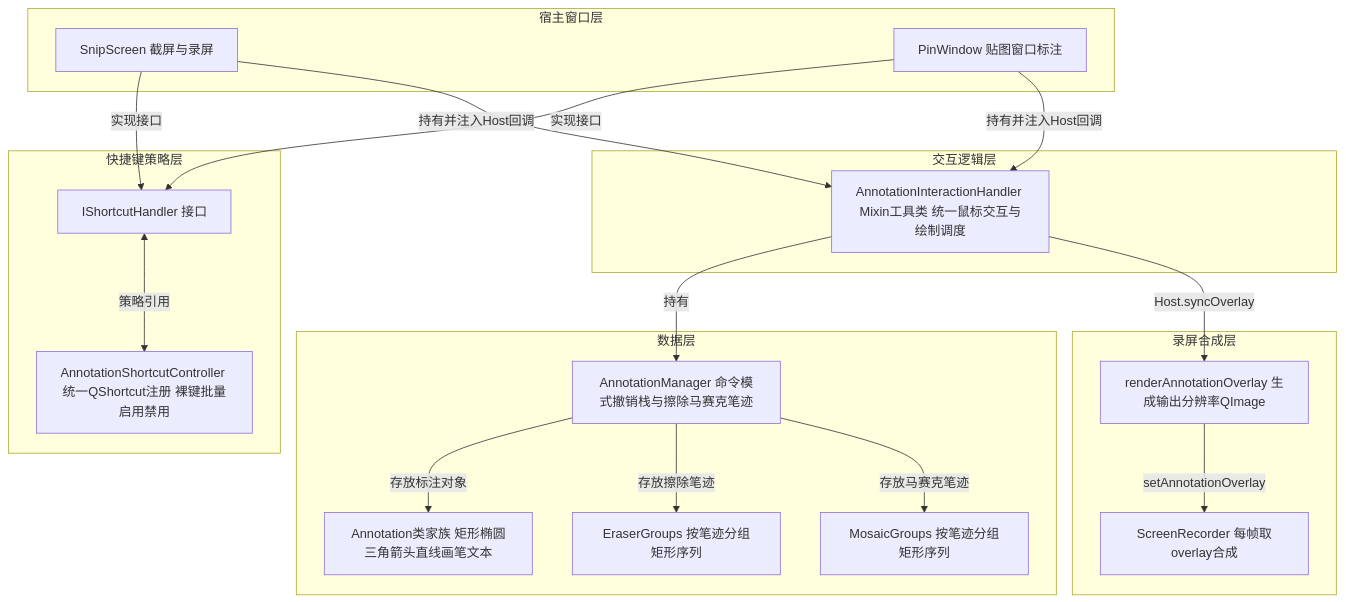
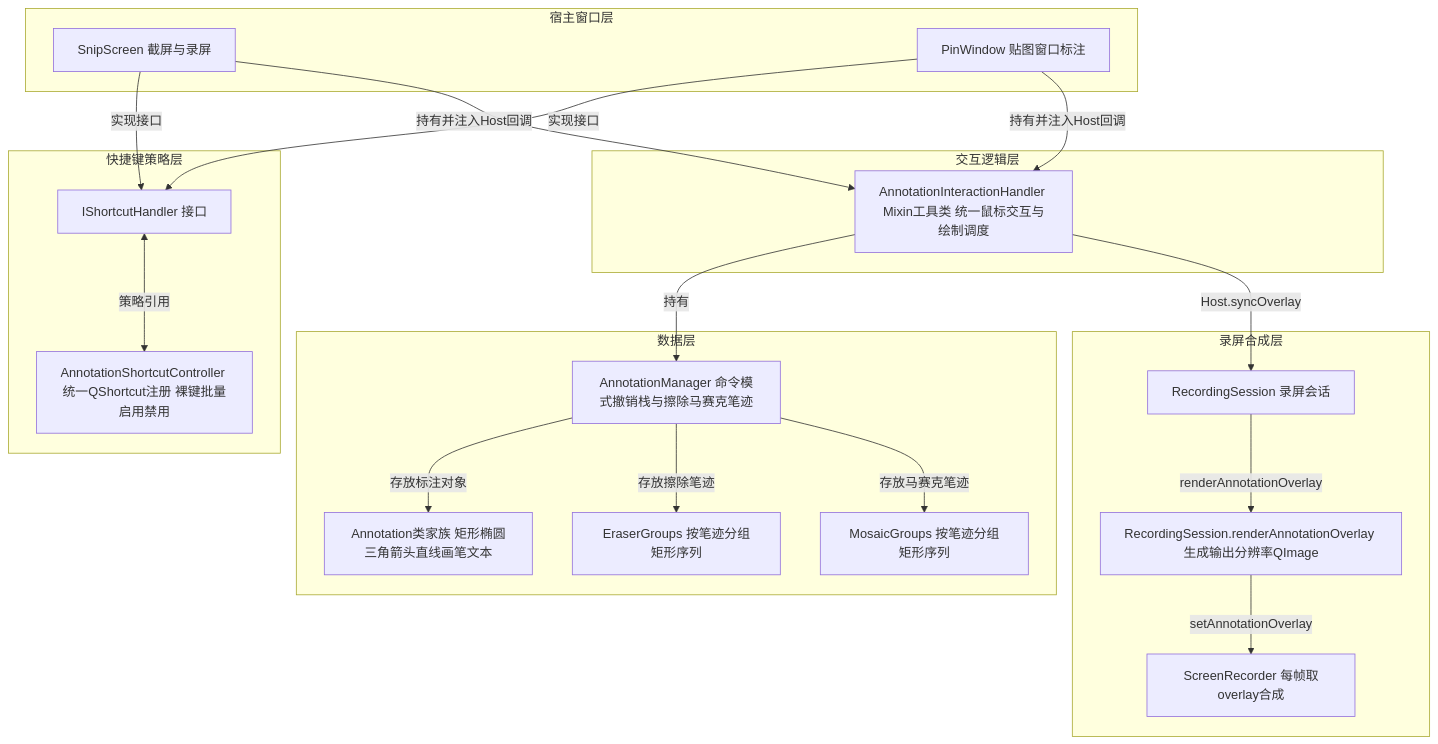
The first of 12 diagrams in docs/annotation.md (ChiangyangNPU/quick-shot), drawn with Mermaid before and after one commit. The commit also changed other lines of this file and 3 other files, not shown here.

````diff
--- a/docs/annotation.md
+++ b/docs/annotation.md
@@ -49,40 +53,42 @@
 ```mermaid
 graph TB
     subgraph HostLayer [宿主窗口层]
         SS[SnipScreen 截屏与录屏]
         PW[PinWindow 贴图窗口标注]
     end
 
     subgraph ShortcutLayer [快捷键策略层]
         ISH[IShortcutHandler 接口]
         ASC[AnnotationShortcutController 统一QShortcut注册 裸键批量启用禁用]
     end
 
     subgraph InteractionLayer [交互逻辑层]
         AIH[AnnotationInteractionHandler Mixin工具类 统一鼠标交互与绘制调度]
     end
 
     subgraph DataLayer [数据层]
         AM[AnnotationManager 命令模式撤销栈与擦除马赛克笔迹]
         ANNO[Annotation类家族 矩形椭圆三角箭头直线画笔文本]
         ERASER[EraserGroups 按笔迹分组矩形序列]
         MOSAIC[MosaicGroups 按笔迹分组矩形序列]
     end
 
     subgraph RecordingLayer [录屏合成层]
         SCR[ScreenRecorder 每帧取overlay合成]
-        RAO[renderAnnotationOverlay 生成输出分辨率QImage]
+        RS[RecordingSession 录屏会话]
+        RAO[RecordingSession.renderAnnotationOverlay 生成输出分辨率QImage]
     end
 
     SS -->|实现接口| ISH
     PW -->|实现接口| ISH
     ISH <-->|策略引用| ASC
     SS -->|持有并注入Host回调| AIH
     PW -->|持有并注入Host回调| AIH
     AIH -->|持有| AM
     AM -->|存放标注对象| ANNO
     AM -->|存放擦除笔迹| ERASER
     AM -->|存放马赛克笔迹| MOSAIC
-    AIH -->|Host.syncOverlay| RAO
+    AIH -->|Host.syncOverlay| RS
+    RS -->|renderAnnotationOverlay| RAO
     RAO -->|setAnnotationOverlay| SCR
 ```
````
